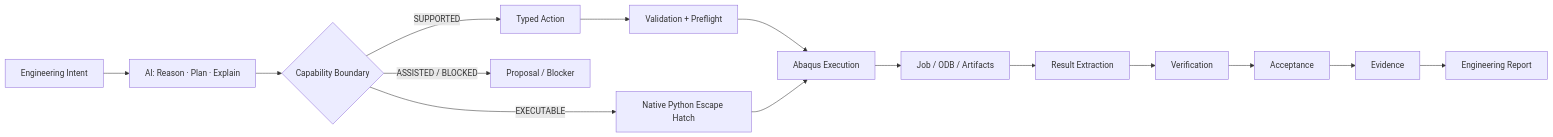
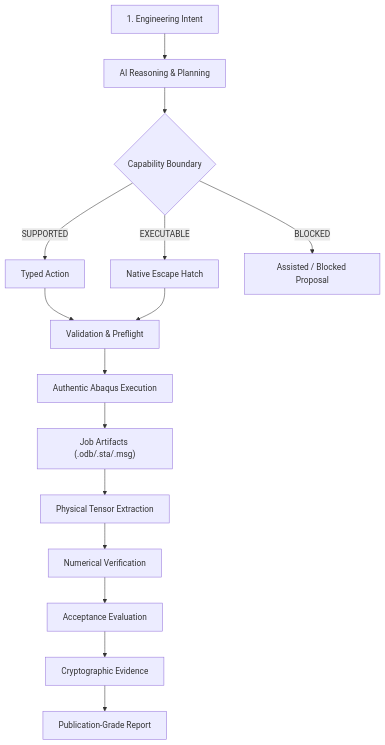
Before and after one commit to chenlei-gh/Abaqus-AI-Agent: the first of 3 diagrams in README.md, drawn with Mermaid. The commit also changed other lines of this file and 5 other files, not shown here.

First line of the commit message:
Optimize diagram rendering for mobile devices

````diff
--- a/README.md
+++ b/README.md
@@ -139,17 +164,17 @@
 ```mermaid
-flowchart LR
-    U["Engineering Intent"] --> AI["AI: Reason · Plan · Explain"]
+flowchart TD
+    U["1. Engineering Intent"] --> AI["AI Reasoning & Planning"]
     AI --> B{"Capability Boundary"}
     B -->|SUPPORTED| A["Typed Action"]
-    B -->|EXECUTABLE| X["Native Python Escape Hatch"]
-    B -->|ASSISTED / BLOCKED| P["Proposal / Blocker"]
-    A --> V["Validation + Preflight"]
-    V --> E["Abaqus Execution"]
-    X --> E
-    E --> O["Job / ODB / Artifacts"]
-    O --> R["Result Extraction"]
-    R --> Q["Verification"]
-    Q --> C["Acceptance"]
-    C --> EV["Evidence"]
-    EV --> REP["Engineering Report"]
+    B -->|EXECUTABLE| X["Native Escape Hatch"]
+    B -->|BLOCKED| P["Assisted / Blocked Proposal"]
+    A --> V["Validation & Preflight"]
+    X --> V
+    V --> E["Authentic Abaqus Execution"]
+    E --> O["Job Artifacts (.odb/.sta/.msg)"]
+    O --> R["Physical Tensor Extraction"]
+    R --> Q["Numerical Verification"]
+    Q --> C["Acceptance Evaluation"]
+    C --> EV["Cryptographic Evidence"]
+    EV --> REP["Publication-Grade Report"]
 ```
````
